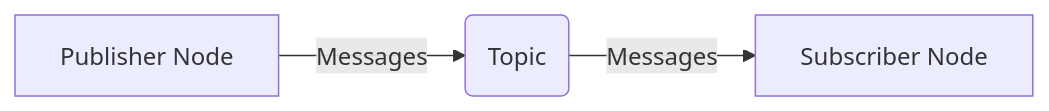
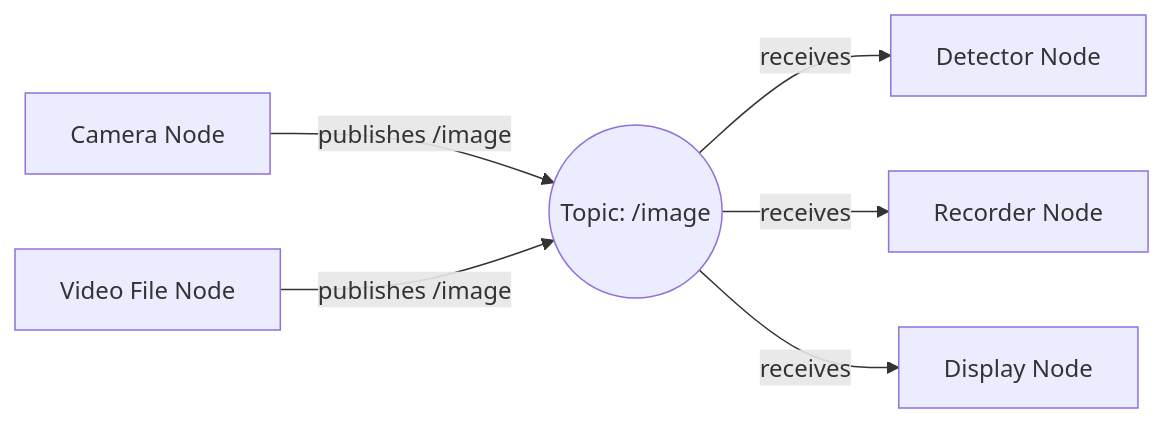
One commit to SheebaZaim/Physical-AI-and-Humanoid-Robtoics changed the third of 6 diagrams in project/frontend/docs/ros2/introduction.md. Above: the diagram before and after it, drawn with Mermaid. The commit also changed other lines of this file and 15 other files, not shown here.

Commit message:
Enrich book content: comprehensive chapters with code, diagrams, images

````diff
--- a/project/frontend/docs/ros2/introduction.md
+++ b/project/frontend/docs/ros2/introduction.md
@@ -21,5 +83,8 @@
 ```mermaid
 graph LR
-    A[Publisher Node] -->|Messages| B(Topic)
-    B -->|Messages| C[Subscriber Node]
+    Pub1[Camera Node] -->|publishes /image| T1((Topic: /image))
+    Pub2[Video File Node] -->|publishes /image| T1
+    T1 -->|receives| Sub1[Detector Node]
+    T1 -->|receives| Sub2[Recorder Node]
+    T1 -->|receives| Sub3[Display Node]
 ```
````
